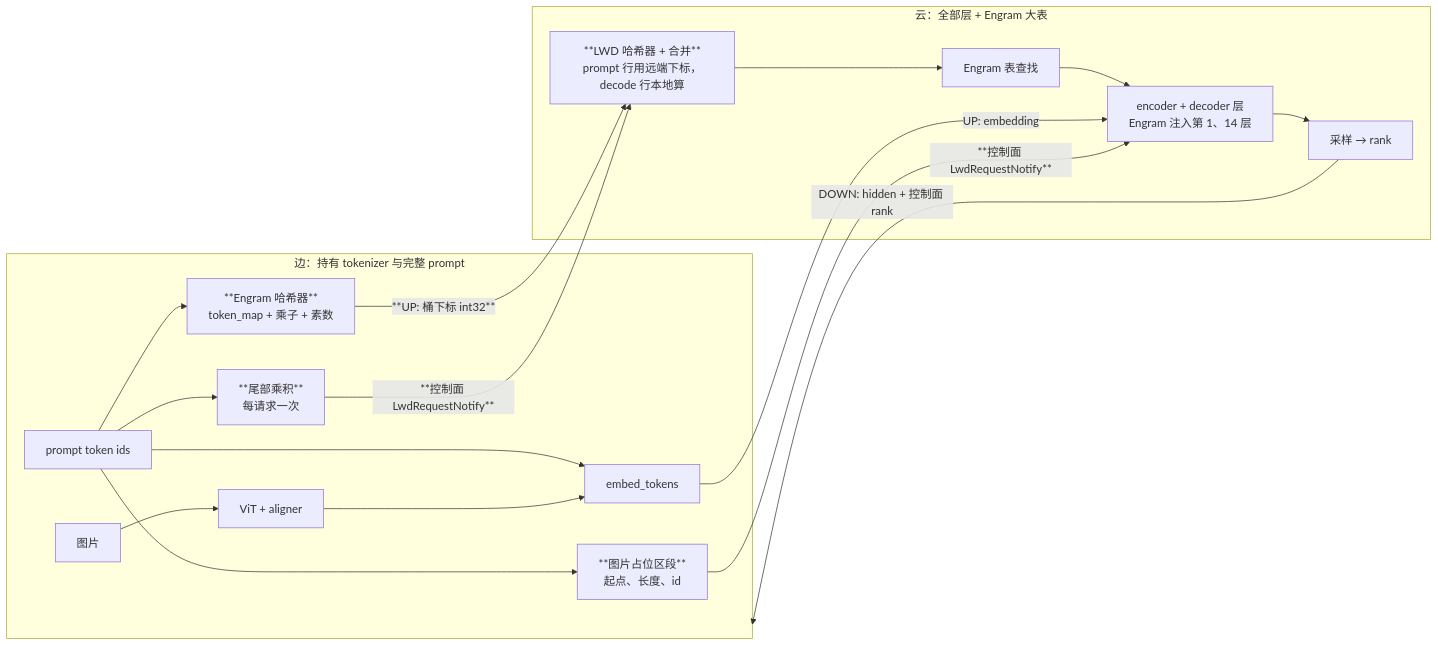
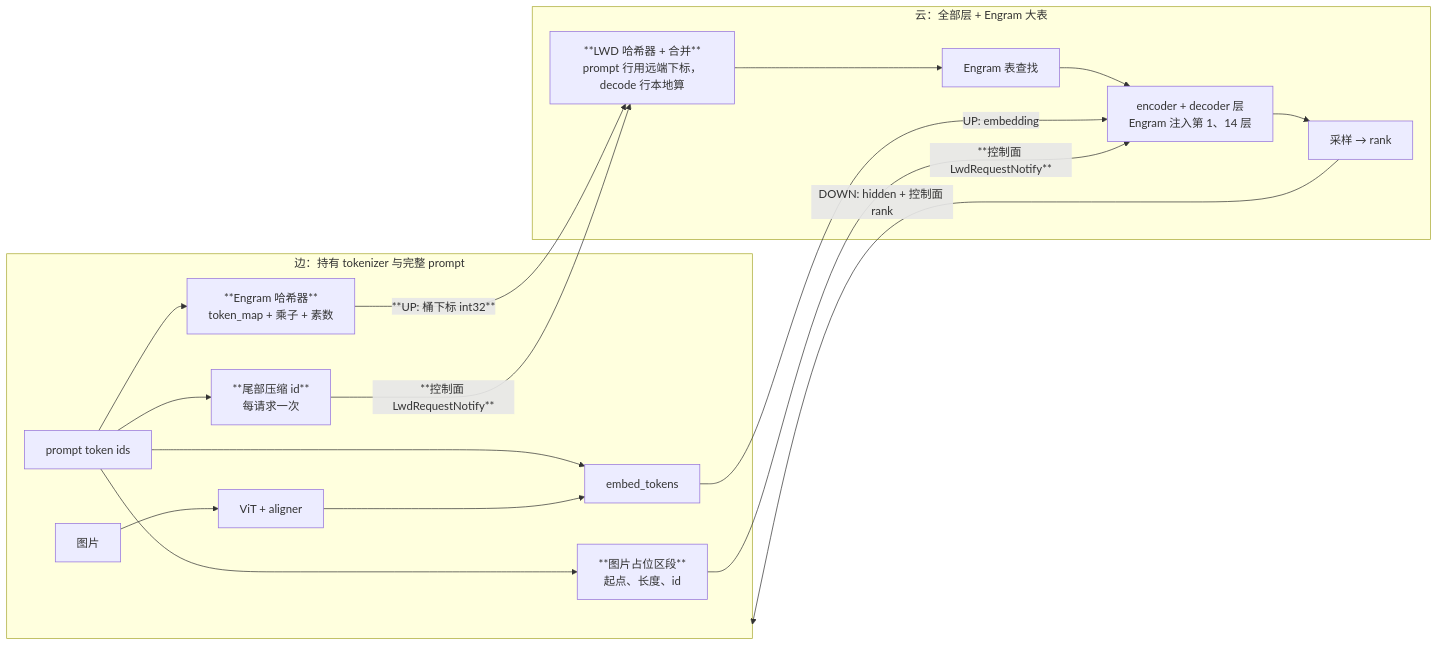
Before and after one commit to vllm-data-comm/vllm: the first of 2 diagrams in docs/design/lwd_deepseek_v41.md, drawn with Mermaid. The commit also changed other lines of this file, not shown here.

First line of the commit message:
docs(lwd): send tail compressed ids and reuse the native Engram kernel

````diff
--- a/docs/design/lwd_deepseek_v41.md
+++ b/docs/design/lwd_deepseek_v41.md
@@ -106,23 +106,23 @@
 ```mermaid
 flowchart LR
     subgraph Edge["边：持有 tokenizer 与完整 prompt"]
         TOK["prompt token ids"] --> EMB["embed_tokens"]
         TOK --> HASH["**Engram 哈希器**<br/>token_map + 乘子 + 素数"]
-        TOK --> TAIL["**尾部乘积**<br/>每请求一次"]
+        TOK --> TAIL["**尾部压缩 id**<br/>每请求一次"]
         IMG["图片"] --> VIT["ViT + aligner"]
         VIT --> EMB
         TOK --> SPAN["**图片占位区段**<br/>起点、长度、id"]
     end
     subgraph Cloud["云：全部层 + Engram 大表"]
         MERGE["**LWD 哈希器 + 合并**<br/>prompt 行用远端下标，decode 行本地算"]
         TABLE["Engram 表查找"]
         LAYERS["encoder + decoder 层<br/>Engram 注入第 1、14 层"]
         SAMPLE["采样 → rank"]
         MERGE --> TABLE --> LAYERS --> SAMPLE
     end
     EMB -- "UP: embedding" --> LAYERS
     HASH -- "**UP: 桶下标 int32**" --> MERGE
     TAIL -- "**控制面 LwdRequestNotify**" --> MERGE
     SPAN -- "**控制面 LwdRequestNotify**" --> LAYERS
     SAMPLE -- "DOWN: hidden + 控制面 rank" --> Edge
 ```
````
